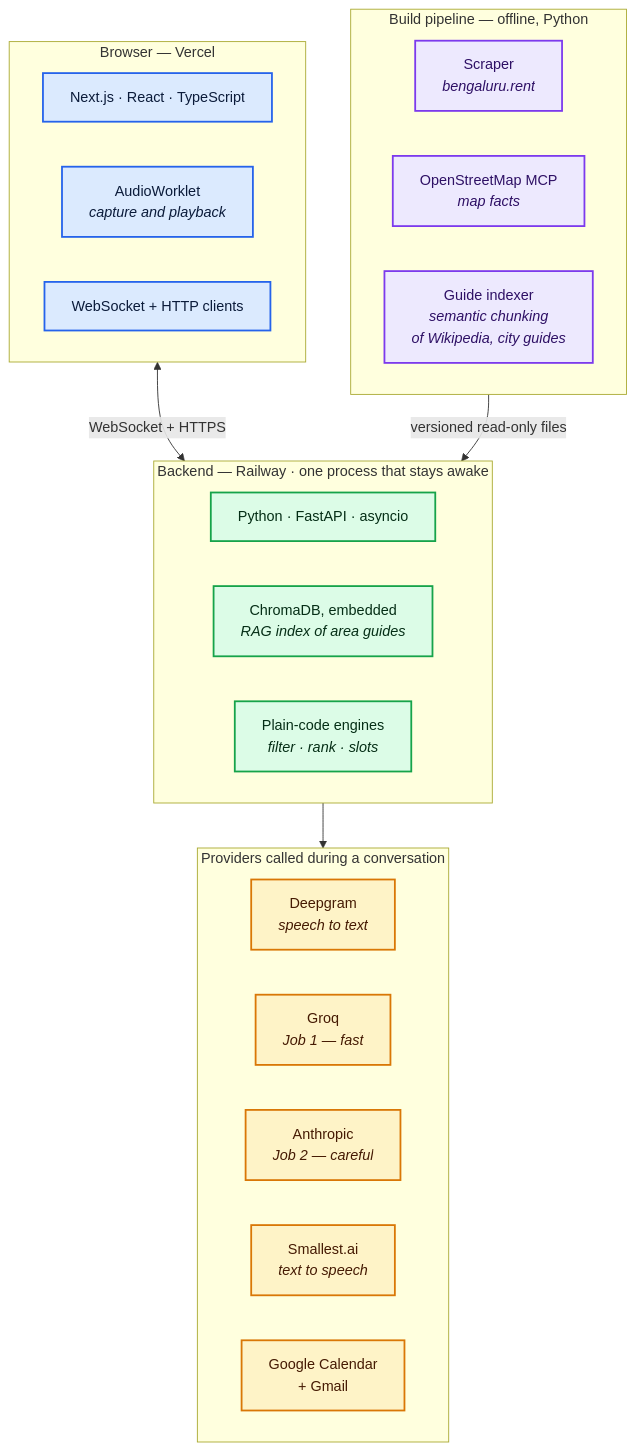
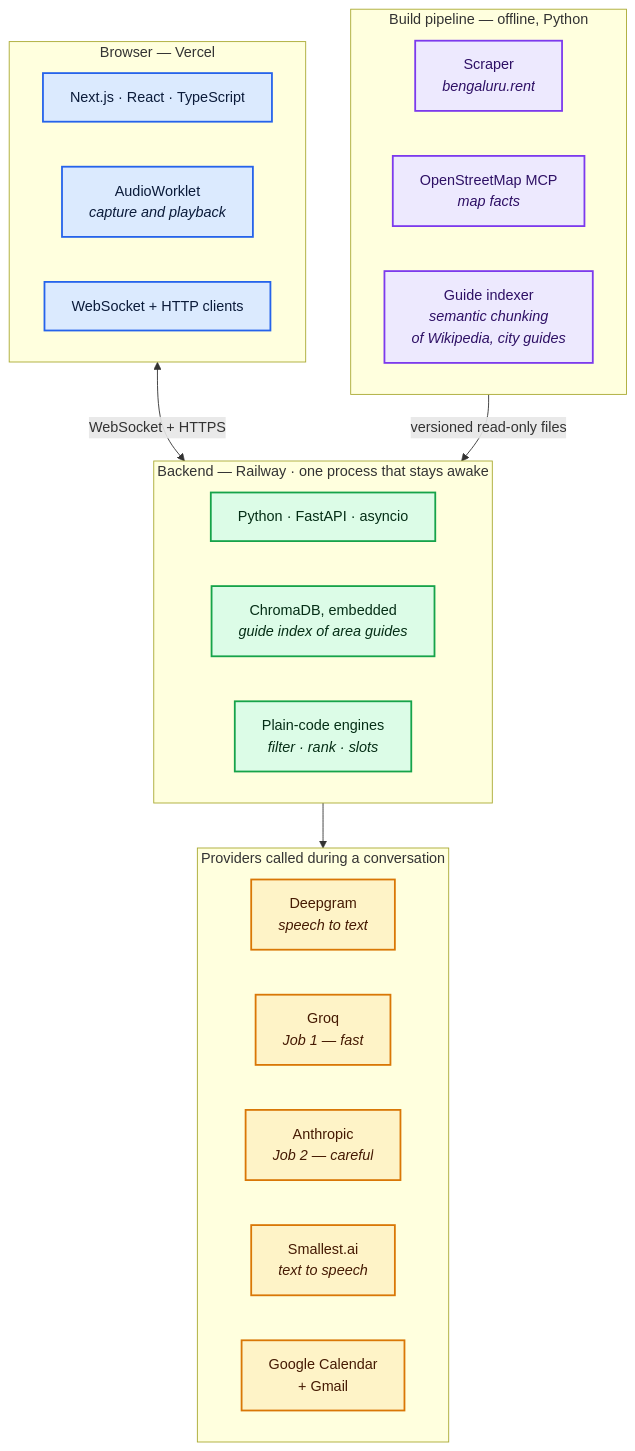
Before and after one commit to KarthikBattaram19/Capstone_Project_Next_Leap: diagram 22 of 22 in Docs/Architecture.md, drawn with Mermaid. The commit also changed other lines of this file and 10 other files, not shown here.

First line of the commit message:
docs: let RAG name the technique only; its artefacts become guide index / guide chunk

````diff
--- a/Docs/Architecture.md
+++ b/Docs/Architecture.md
@@ -1109,41 +1109,41 @@
 ```mermaid
 flowchart TB
     subgraph FE["Browser — Vercel"]
         F1["Next.js · React · TypeScript"]
         F2["AudioWorklet<br/><i>capture and playback</i>"]
         F3["WebSocket + HTTP clients"]
     end
 
     subgraph BE["Backend — Railway · one process that stays awake"]
         B1["Python · FastAPI · asyncio"]
-        B2["ChromaDB, embedded<br/><i>RAG index of area guides</i>"]
+        B2["ChromaDB, embedded<br/><i>guide index of area guides</i>"]
         B3["Plain-code engines<br/><i>filter · rank · slots</i>"]
     end
 
     subgraph PROV["Providers called during a conversation"]
         P1["Deepgram<br/><i>speech to text</i>"]
         P2["Groq<br/><i>Job 1 — fast</i>"]
         P3["Anthropic<br/><i>Job 2 — careful</i>"]
         P4["Smallest.ai<br/><i>text to speech</i>"]
         P5["Google Calendar<br/>+ Gmail"]
     end
 
     subgraph BUILD["Build pipeline — offline, Python"]
         D1["Scraper<br/><i>bengaluru.rent</i>"]
         D2["OpenStreetMap MCP<br/><i>map facts</i>"]
         D3["Guide indexer<br/><i>semantic chunking<br/>of Wikipedia, city guides</i>"]
     end
 
     FE <-->|"WebSocket + HTTPS"| BE
     BE --> PROV
     BUILD -->|"versioned read-only files"| BE
 
     classDef fe fill:#dbeafe,stroke:#2563eb,stroke-width:2px,color:#0b1b3a
     classDef be fill:#dcfce7,stroke:#16a34a,stroke-width:2px,color:#052e16
     classDef prov fill:#fef3c7,stroke:#d97706,stroke-width:2px,color:#451a03
     classDef build fill:#ede9fe,stroke:#7c3aed,stroke-width:2px,color:#2e1065
     class F1,F2,F3 fe
     class B1,B2,B3 be
     class P1,P2,P3,P4,P5 prov
     class D1,D2,D3 build
 ```
````
